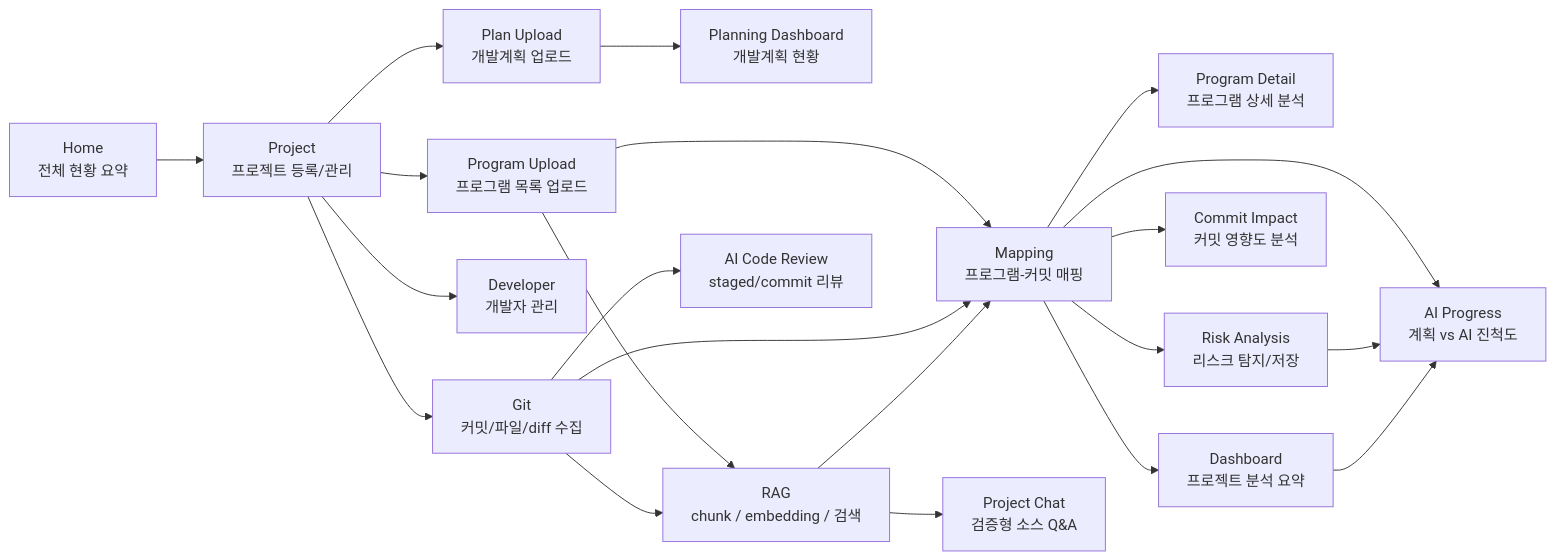
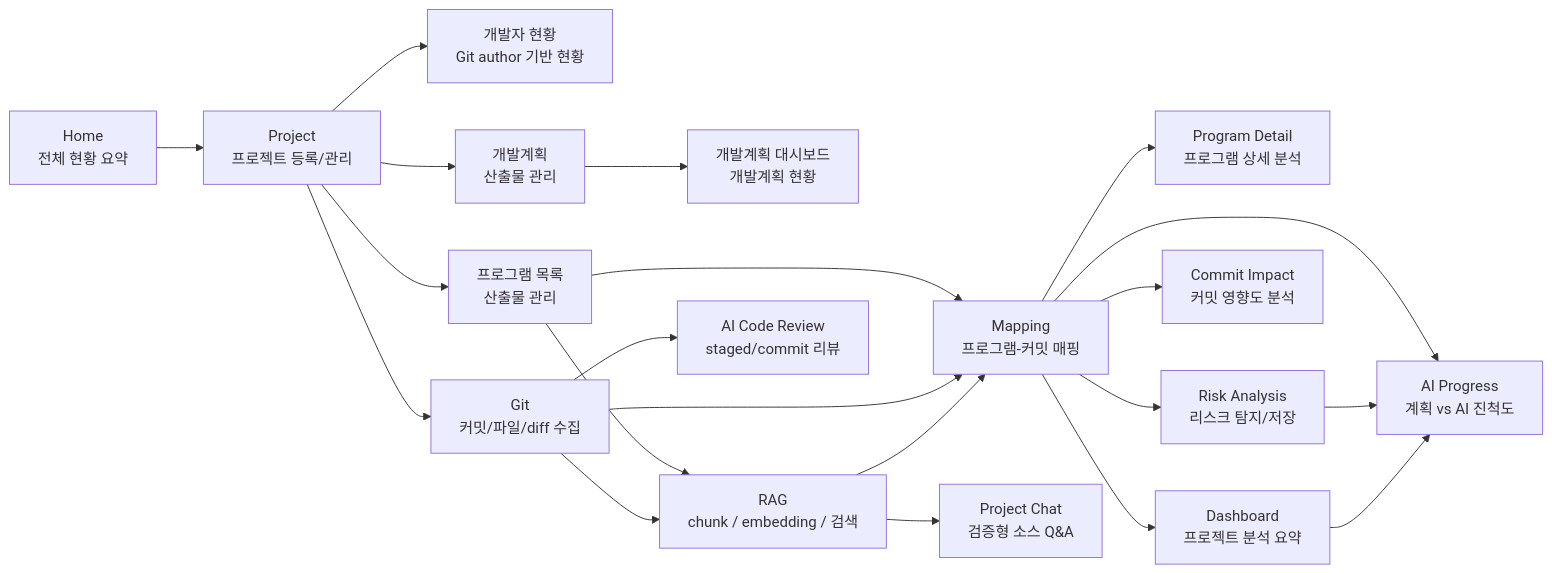
Before and after one commit to ino5/ai-commit-advisor-26: the second of 7 diagrams in README_ARCHITECTURE.md, drawn with Mermaid. The commit also changed other lines of this file and 12 other files, not shown here.

````diff
--- a/README_ARCHITECTURE.md
+++ b/README_ARCHITECTURE.md
@@ -71,23 +73,23 @@
 ```mermaid
 flowchart LR
     Home["Home<br/>전체 현황 요약"] --> Project["Project<br/>프로젝트 등록/관리"]
-    Project --> Program["Program Upload<br/>프로그램 목록 업로드"]
-    Project --> PlanUpload["Plan Upload<br/>개발계획 업로드"]
-    Project --> Developer["Developer<br/>개발자 관리"]
+    Project --> Developer["개발자 현황<br/>Git author 기반 현황"]
+    Project --> Program["프로그램 목록<br/>산출물 관리"]
+    Project --> PlanUpload["개발계획<br/>산출물 관리"]
     Project --> Git["Git<br/>커밋/파일/diff 수집"]
     Program --> Mapping["Mapping<br/>프로그램-커밋 매핑"]
-    PlanUpload --> PlanningDashboard["Planning Dashboard<br/>개발계획 현황"]
+    PlanUpload --> PlanningDashboard["개발계획 대시보드<br/>개발계획 현황"]
     Git --> Mapping
     Program --> RAG["RAG<br/>chunk / embedding / 검색"]
     Git --> RAG
     RAG --> Mapping
     RAG --> ProjectChat["Project Chat<br/>검증형 소스 Q&A"]
     Mapping --> ProgramDetail["Program Detail<br/>프로그램 상세 분석"]
     Mapping --> Risk["Risk Analysis<br/>리스크 탐지/저장"]
     Mapping --> Impact["Commit Impact<br/>커밋 영향도 분석"]
     Git --> CodeReview["AI Code Review<br/>staged/commit 리뷰"]
     Mapping --> Dashboard["Dashboard<br/>프로젝트 분석 요약"]
     Mapping --> AIProgress["AI Progress<br/>계획 vs AI 진척도"]
     Risk --> AIProgress
     Dashboard --> AIProgress
 ```
````
